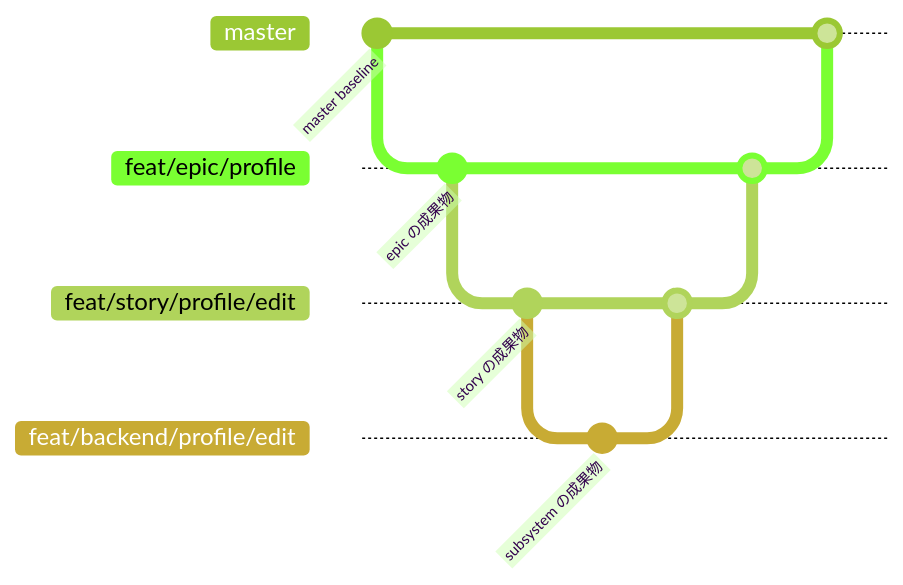
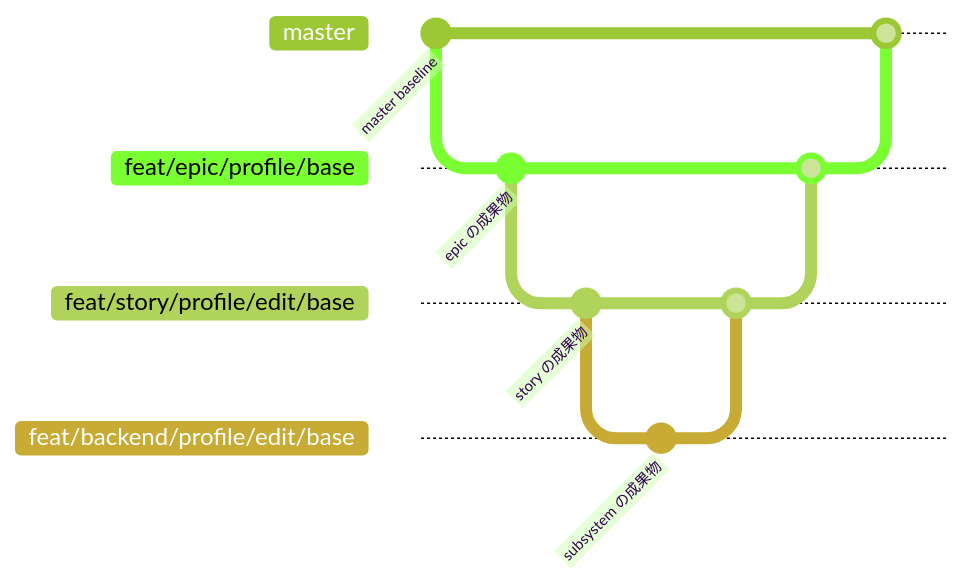
Before and after one commit to shuhei1101/ai-monitor: the first of 5 diagrams in docs/wiki/規約/ブランチ戦略.md, drawn with Mermaid (forest theme). The commit also changed other lines of this file and 174 other files, not shown here.

````diff
--- a/docs/wiki/規約/ブランチ戦略.md
+++ b/docs/wiki/規約/ブランチ戦略.md
@@ -147,30 +167,30 @@
 ```mermaid
 ---
 config:
   gitGraph:
     mainBranchName: master
 ---
 gitGraph
     commit id: "master baseline"
 
-    branch feat/epic/profile
-    checkout feat/epic/profile
+    branch feat/epic/profile/base
+    checkout feat/epic/profile/base
     commit id: "epic の成果物"
 
-    branch feat/story/profile/edit
-    checkout feat/story/profile/edit
+    branch feat/story/profile/edit/base
+    checkout feat/story/profile/edit/base
     commit id: "story の成果物"
 
-    branch feat/backend/profile/edit
-    checkout feat/backend/profile/edit
+    branch feat/backend/profile/edit/base
+    checkout feat/backend/profile/edit/base
     commit id: "subsystem の成果物"
 
-    checkout feat/story/profile/edit
-    merge feat/backend/profile/edit
+    checkout feat/story/profile/edit/base
+    merge feat/backend/profile/edit/base
 
-    checkout feat/epic/profile
-    merge feat/story/profile/edit
+    checkout feat/epic/profile/base
+    merge feat/story/profile/edit/base
 
     checkout master
-    merge feat/epic/profile
+    merge feat/epic/profile/base
 ```
````
